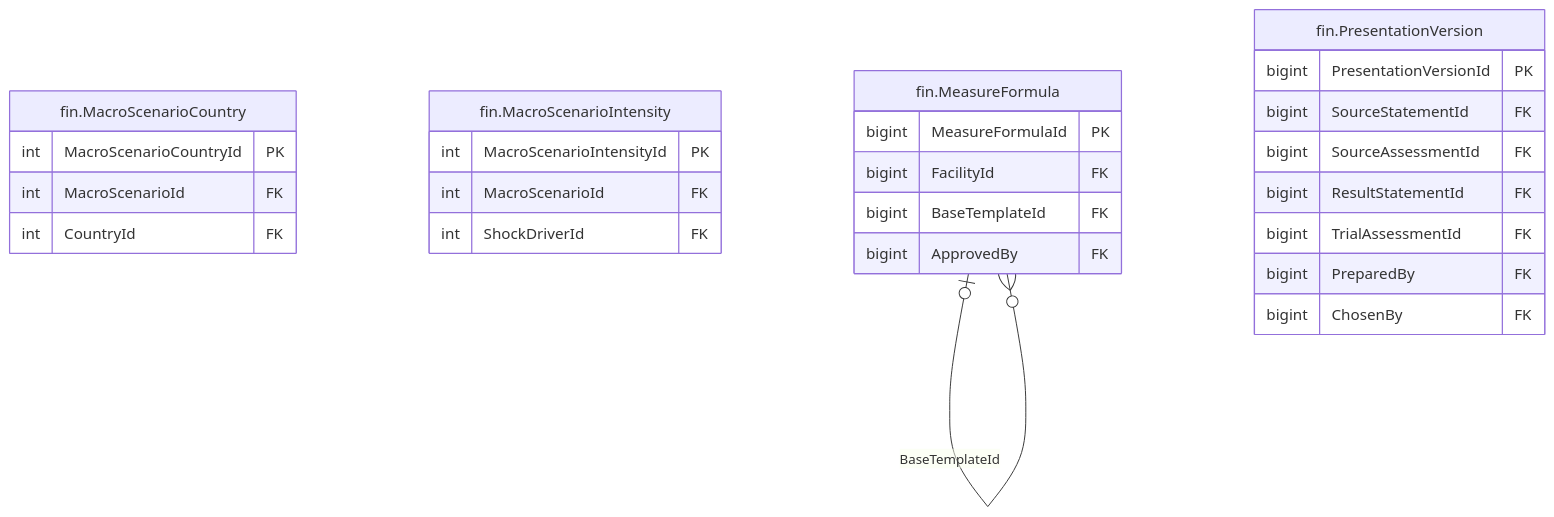
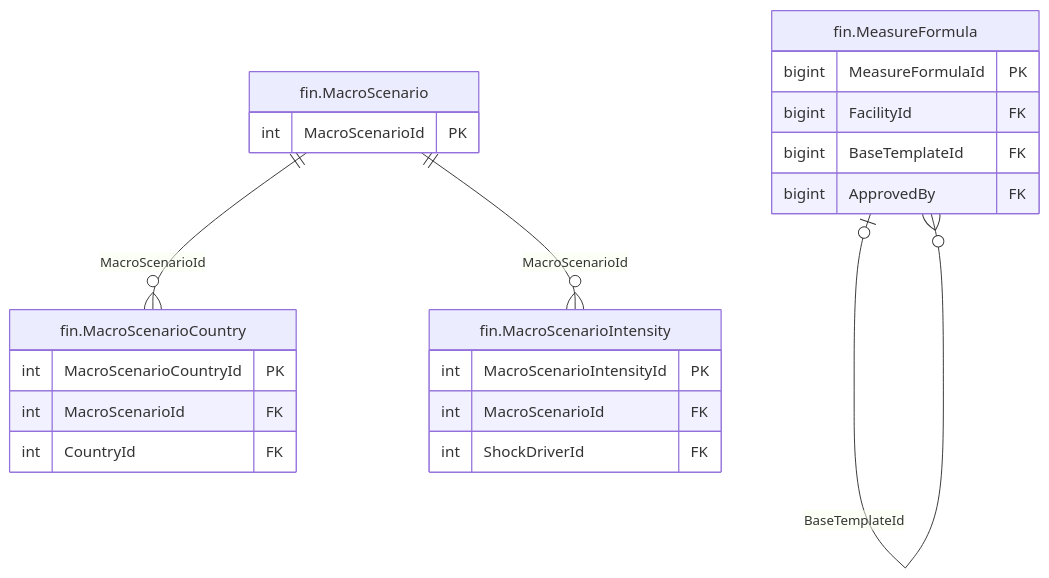
The diagram in treasury-platform/docs/diagrams/erd/m5_financials_9.mmd (thawrasy/smartlines), drawn with Mermaid before and after one commit. The commit also changed 217 other files, not shown here.

```diff
--- a/treasury-platform/docs/diagrams/erd/m5_financials_9.mmd
+++ b/treasury-platform/docs/diagrams/erd/m5_financials_9.mmd
@@ -1,28 +1,24 @@
 %% م5 · البيانات المالية والأرصدة (9/14) — Financial statements & balances
 erDiagram
+  fin_MacroScenario["fin.MacroScenario"] {
+    int MacroScenarioId PK
+  }
   fin_MacroScenarioCountry["fin.MacroScenarioCountry"] {
     int MacroScenarioCountryId PK
     int MacroScenarioId FK
     int CountryId FK
   }
   fin_MacroScenarioIntensity["fin.MacroScenarioIntensity"] {
     int MacroScenarioIntensityId PK
     int MacroScenarioId FK
     int ShockDriverId FK
   }
   fin_MeasureFormula["fin.MeasureFormula"] {
     bigint MeasureFormulaId PK
     bigint FacilityId FK
     bigint BaseTemplateId FK
     bigint ApprovedBy FK
   }
-  fin_PresentationVersion["fin.PresentationVersion"] {
-    bigint PresentationVersionId PK
-    bigint SourceStatementId FK
-    bigint SourceAssessmentId FK
-    bigint ResultStatementId FK
-    bigint TrialAssessmentId FK
-    bigint PreparedBy FK
-    bigint ChosenBy FK
-  }
+  fin_MacroScenario ||--o{ fin_MacroScenarioCountry : "MacroScenarioId"
+  fin_MacroScenario ||--o{ fin_MacroScenarioIntensity : "MacroScenarioId"
   fin_MeasureFormula |o--o{ fin_MeasureFormula : "BaseTemplateId"
```
